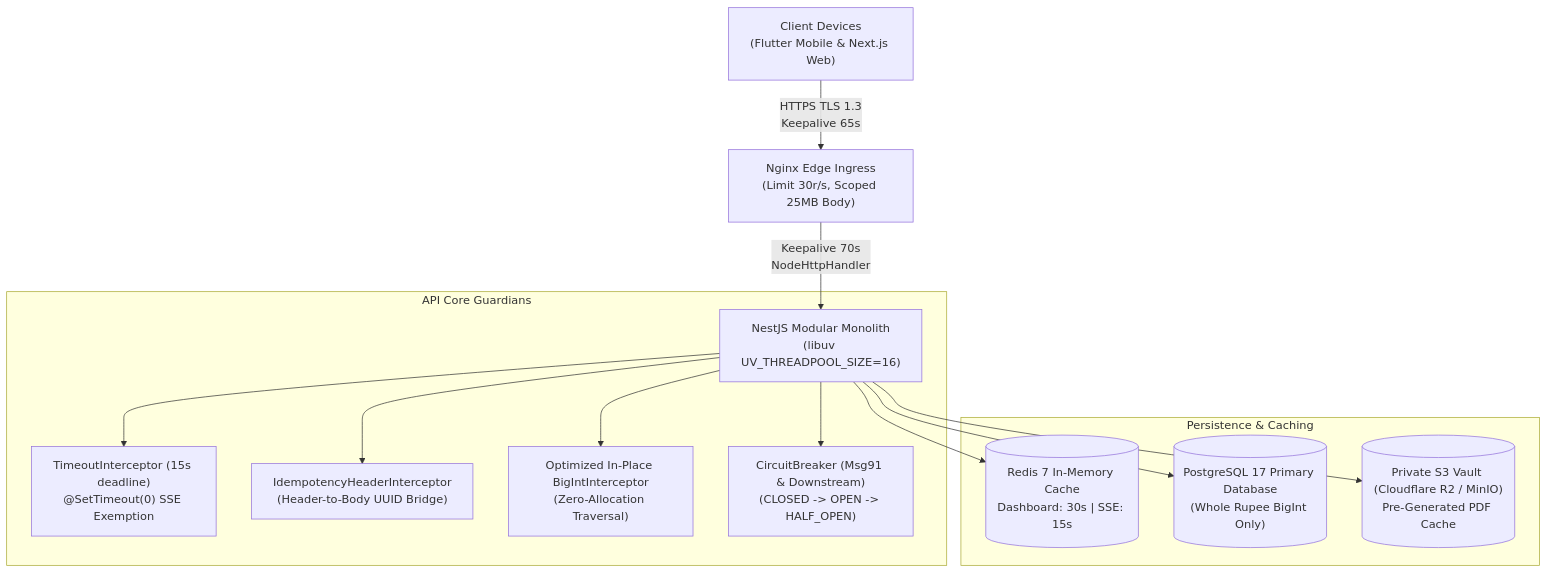
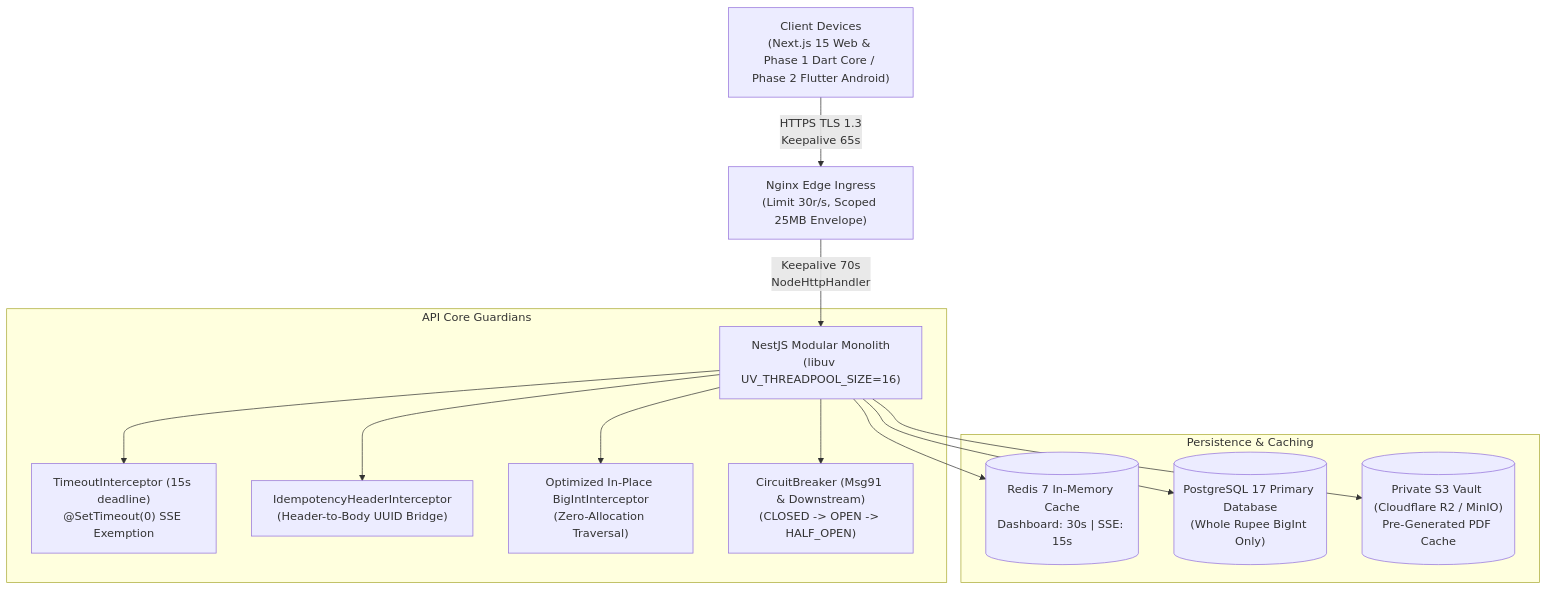
The first of 2 diagrams in docs/03-architecture/api-resilience-and-traffic-hardening.md (Kathir-24/Kumaran-finance), drawn with Mermaid before and after one commit. The commit also changed other lines of this file and 4 other files, not shown here.

````diff
--- a/docs/03-architecture/api-resilience-and-traffic-hardening.md
+++ b/docs/03-architecture/api-resilience-and-traffic-hardening.md
@@ -19,18 +19,18 @@
 ```mermaid
 flowchart TD
-    Client["Client Devices\n(Flutter Mobile & Next.js Web)"] -->|HTTPS TLS 1.3\nKeepalive 65s| Ingress["Nginx Edge Ingress\n(Limit 30r/s, Scoped 25MB Body)"]
+    Client["Client Devices\n(Next.js 15 Web & Phase 1 Dart Core / Phase 2 Flutter Android)"] -->|HTTPS TLS 1.3\nKeepalive 65s| Ingress["Nginx Edge Ingress\n(Limit 30r/s, Scoped 25MB Envelope)"]
     Ingress -->|Keepalive 70s\nNodeHttpHandler| API["NestJS Modular Monolith\n(libuv UV_THREADPOOL_SIZE=16)"]
     
     subgraph "API Core Guardians"
         API --> TimeoutInt["TimeoutInterceptor (15s deadline)\n@SetTimeout(0) SSE Exemption"]
         API --> IdempotencyInt["IdempotencyHeaderInterceptor\n(Header-to-Body UUID Bridge)"]
         API --> BigIntInt["Optimized In-Place BigIntInterceptor\n(Zero-Allocation Traversal)"]
         API --> CB["CircuitBreaker (Msg91 & Downstream)\n(CLOSED -> OPEN -> HALF_OPEN)"]
     end
 
     subgraph "Persistence & Caching"
         API --> Redis[("Redis 7 In-Memory Cache\nDashboard: 30s | SSE: 15s")]
         API --> DB[("PostgreSQL 17 Primary Database\n(Whole Rupee BigInt Only)")]
         API --> S3[("Private S3 Vault (Cloudflare R2 / MinIO)\nPre-Generated PDF Cache")]
     end
 ```
````
